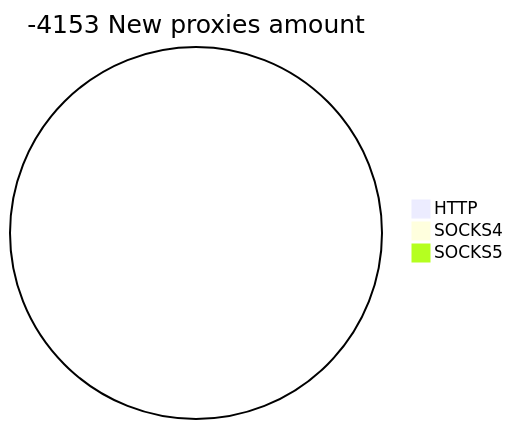
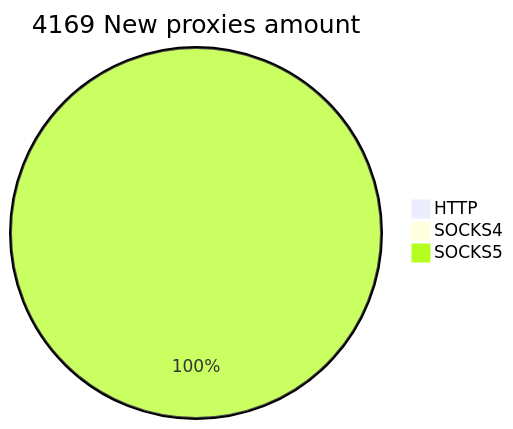
The second of 2 diagrams in README.md (cutipu/proxylist), drawn with Mermaid before and after one commit. The commit also changed other lines of this file, not shown here.

````diff
--- a/README.md
+++ b/README.md
@@ -10,6 +10,6 @@
 ```mermaid
-pie title -4153 New proxies amount
-    "HTTP" : 0
+pie title 4169 New proxies amount
+    "HTTP" : 2
     "SOCKS4" : 0
-    "SOCKS5" : 0
+    "SOCKS5" : 4167
 ```
````
